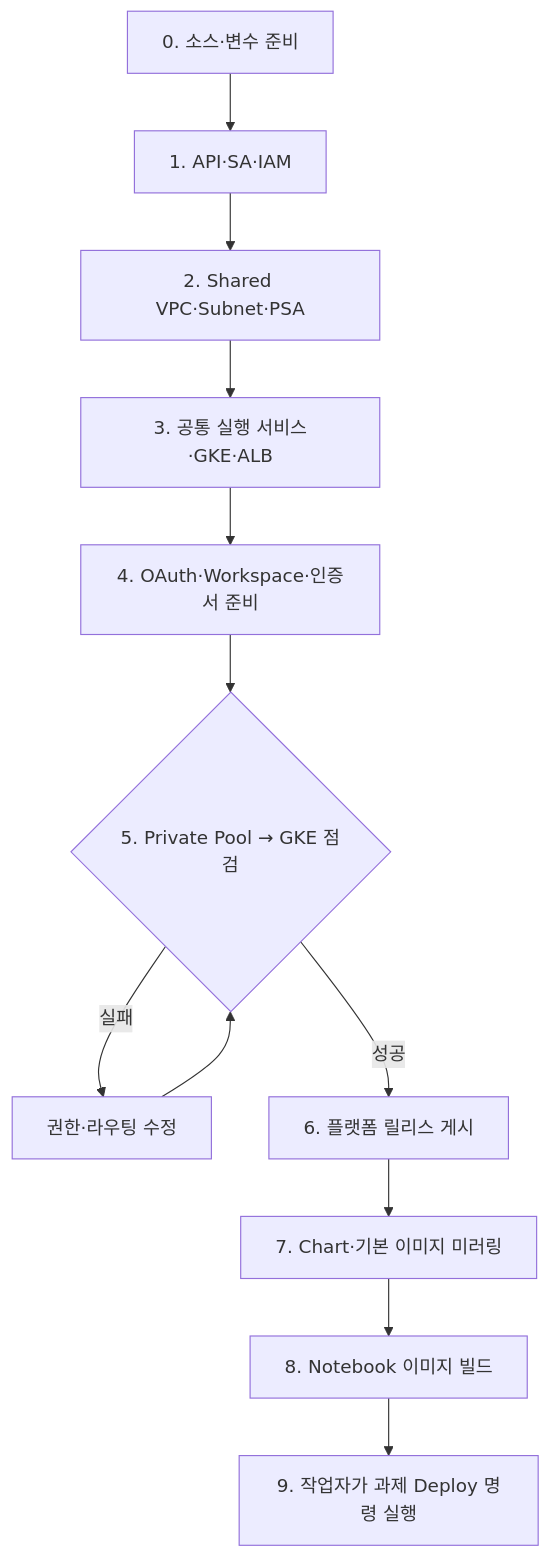
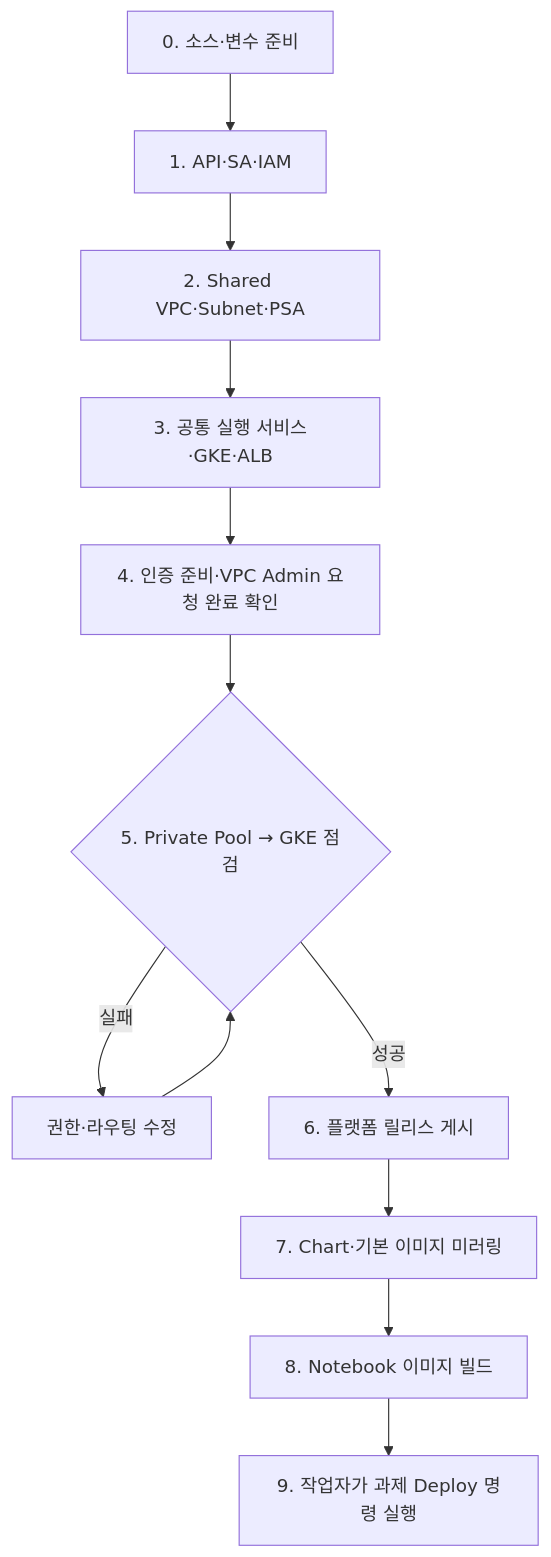
Before and after one commit to sonmap/GCP_SBX_Test01: the first of 2 diagrams in 01.docs/work-order.md, drawn with Mermaid. The commit also changed other lines of this file and 3 other files, not shown here.

First line of the commit message:
Separate VPC Admin requests from authentication prerequisites

````diff
--- a/01.docs/work-order.md
+++ b/01.docs/work-order.md
@@ -9,14 +11,14 @@
 ```mermaid
 flowchart TD
     A["0. 소스·변수 준비"] --> B["1. API·SA·IAM"]
     B --> C["2. Shared VPC·Subnet·PSA"]
     C --> D["3. 공통 실행 서비스·GKE·ALB"]
-    D --> E["4. OAuth·Workspace·인증서 준비"]
+    D --> E["4. 인증 준비·VPC Admin 요청 완료 확인"]
     E --> F{"5. Private Pool → GKE 점검"}
     F -->|실패| X["권한·라우팅 수정"]
     X --> F
     F -->|성공| G["6. 플랫폼 릴리스 게시"]
     G --> H["7. Chart·기본 이미지 미러링"]
     H --> I["8. Notebook 이미지 빌드"]
     I --> J["9. 작업자가 과제 Deploy 명령 실행"]
 ```
````
